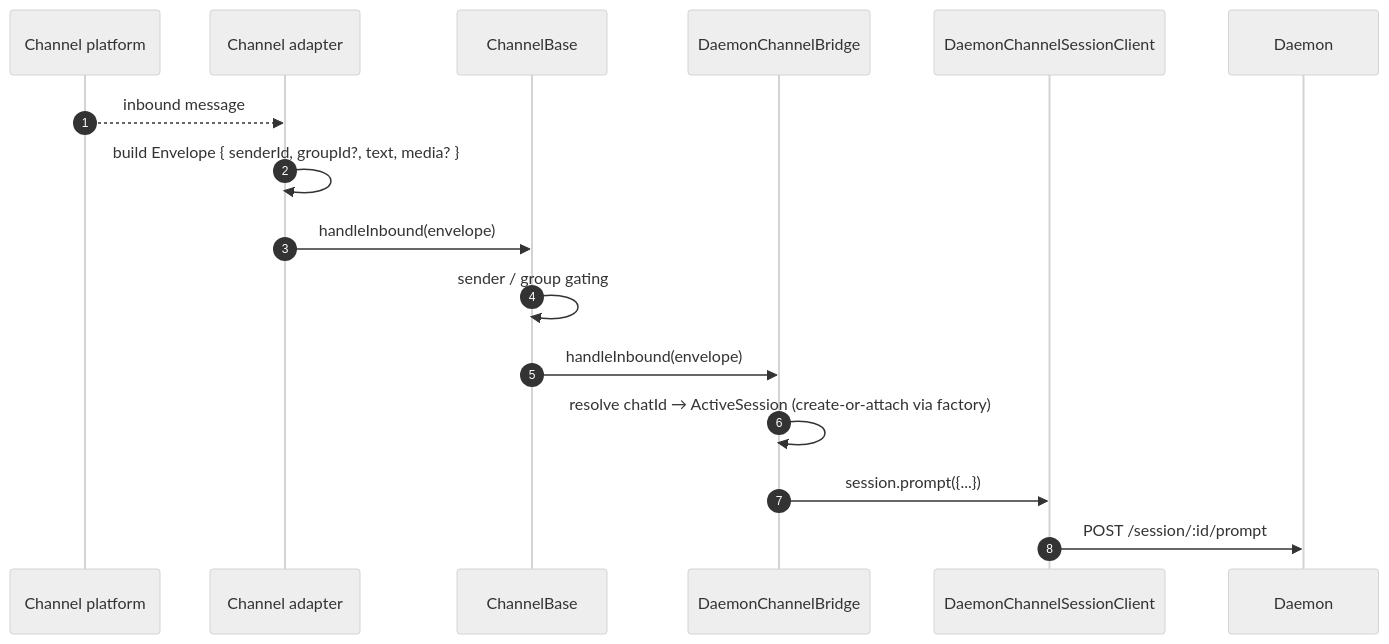
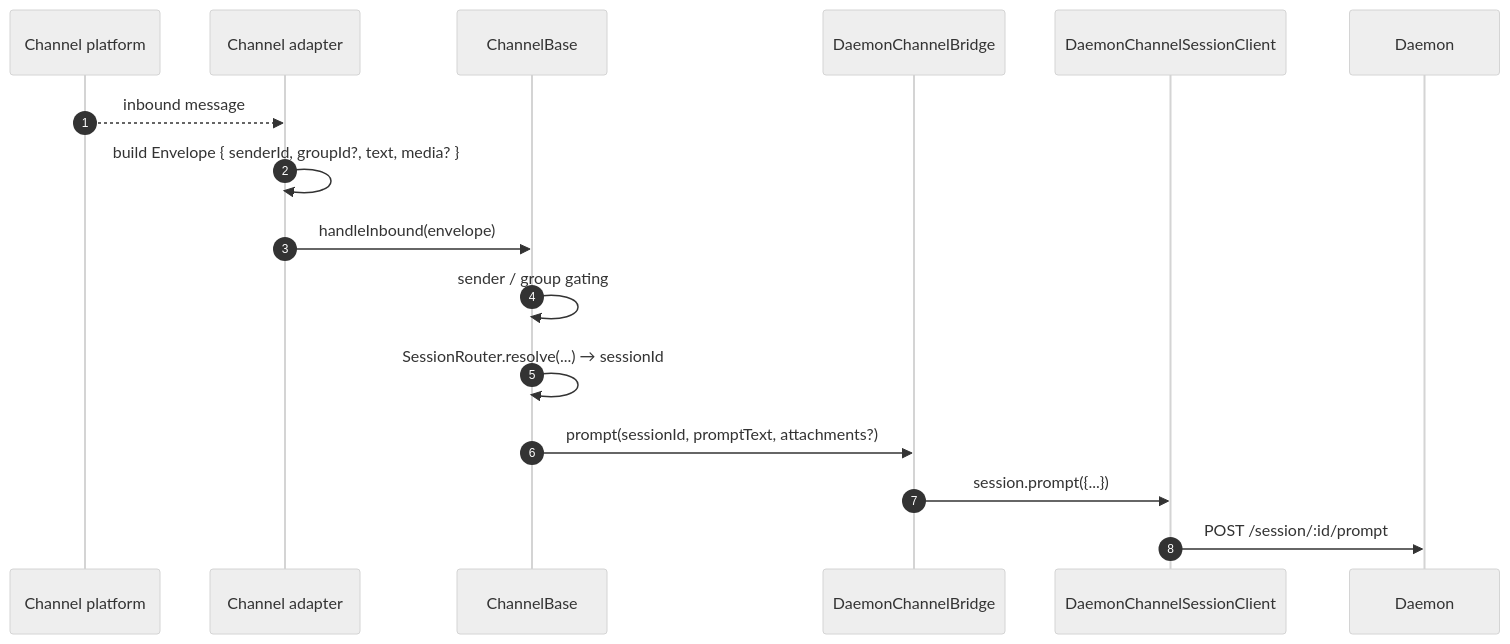
The first of 3 diagrams in docs/developers/daemon/15-channel-adapters.md (QwenLM/qwen-code), drawn with Mermaid (neutral theme) before and after one commit. The commit also changed other lines of this file and 22 other files, not shown here.

````diff
--- a/docs/developers/daemon/15-channel-adapters.md
+++ b/docs/developers/daemon/15-channel-adapters.md
@@ -84,19 +89,19 @@
 ```mermaid
 sequenceDiagram
     autonumber
     participant CH as Channel platform
     participant AD as Channel adapter
     participant CB as ChannelBase
     participant BR as DaemonChannelBridge
     participant SC as DaemonChannelSessionClient
     participant D as Daemon
 
     CH-->>AD: inbound message
     AD->>AD: build Envelope { senderId, groupId?, text, media? }
     AD->>CB: handleInbound(envelope)
     CB->>CB: sender / group gating
-    CB->>BR: handleInbound(envelope)
-    BR->>BR: resolve chatId → ActiveSession (create-or-attach via factory)
+    CB->>CB: SessionRouter.resolve(...) → sessionId
+    CB->>BR: prompt(sessionId, promptText, attachments?)
     BR->>SC: session.prompt({...})
     SC->>D: POST /session/:id/prompt
 ```
````
